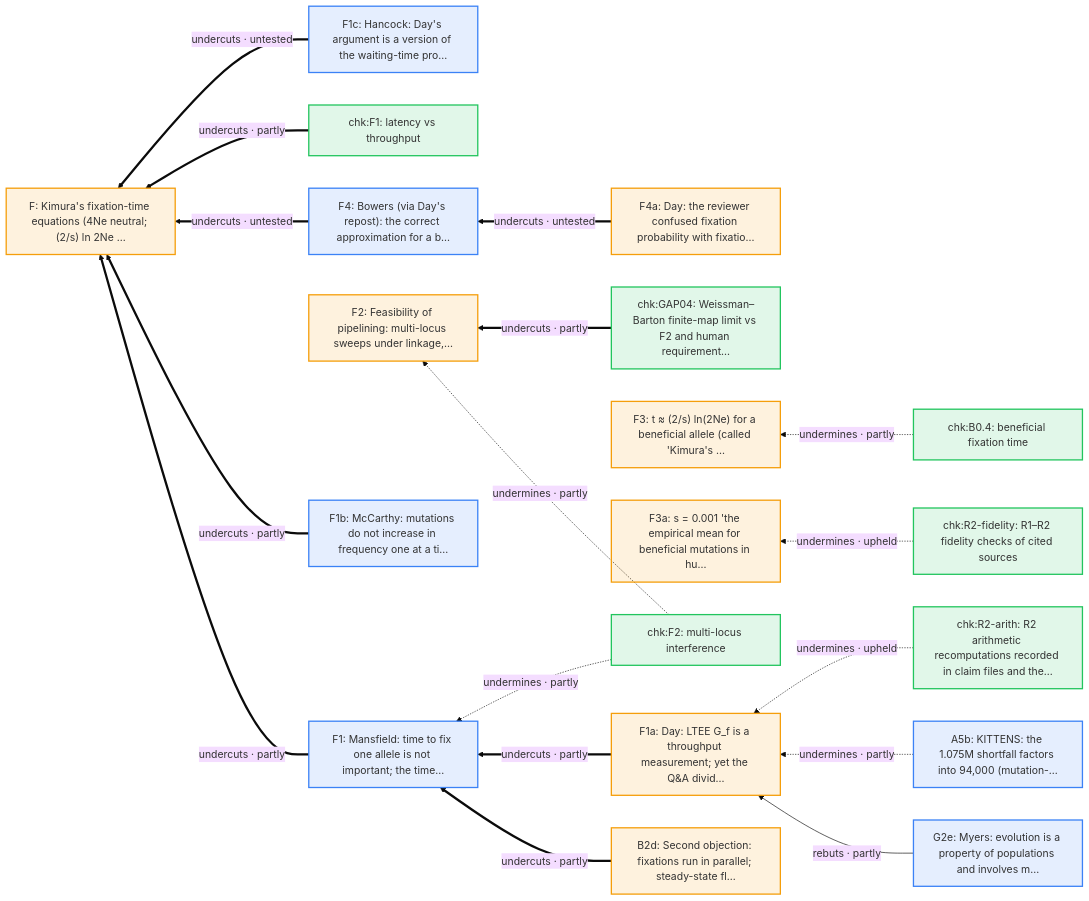
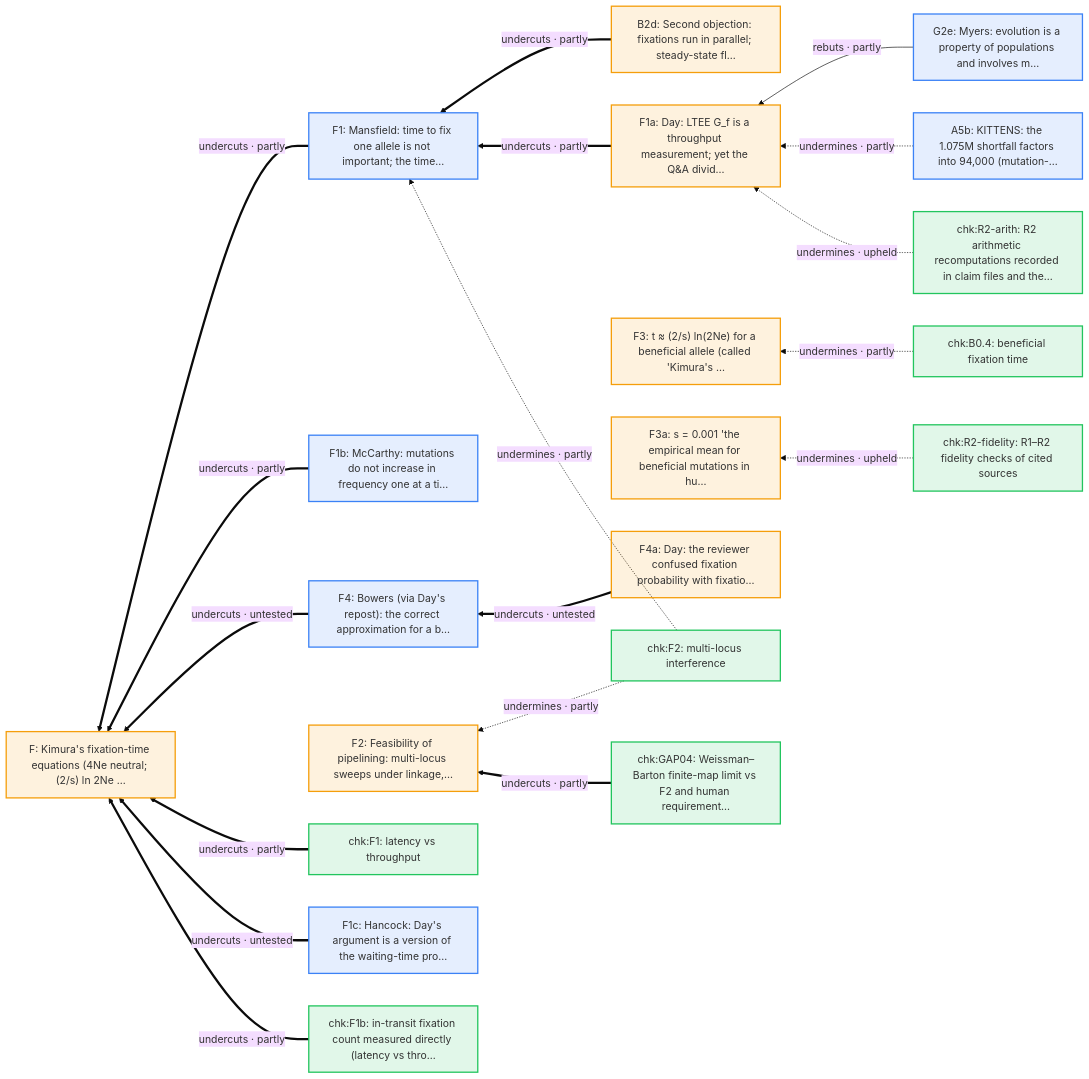
Diagram 12 of 19 in docs/arguments/defeaters.md (nickallevato/evo-sim), drawn with Mermaid (base theme) before and after one commit. The commit also changed other lines of this file and 18 other files, not shown here.

````diff
--- a/docs/arguments/defeaters.md
+++ b/docs/arguments/defeaters.md
@@ -593,43 +601,45 @@
 ```mermaid
 flowchart RL
   classDef day fill:#f59e0b22,stroke:#f59e0b,stroke-width:2px
   classDef ally fill:#d9770622,stroke:#d97706,stroke-width:2px
   classDef critic fill:#3b82f622,stroke:#3b82f6,stroke-width:2px
   classDef literature fill:#a3a3a322,stroke:#a3a3a3,stroke-width:2px
   classDef audit fill:#22c55e22,stroke:#22c55e,stroke-width:2px
   A5b["A5b: KITTENS: the 1.075M shortfall factors into 94,000 (mutation-…"]:::critic
   B2d["B2d: Second objection: fixations run in parallel; steady-state fl…"]:::day
   F["F: Kimura's fixation-time equations (4Ne neutral; (2/s) ln 2Ne …"]:::day
   F1["F1: Mansfield: time to fix one allele is not important; the time…"]:::critic
   F1a["F1a: Day: LTEE G_f is a throughput measurement; yet the Q&A divid…"]:::day
   F1b["F1b: McCarthy: mutations do not increase in frequency one at a ti…"]:::critic
   F1c["F1c: Hancock: Day's argument is a version of the waiting-time pro…"]:::critic
   F2["F2: Feasibility of pipelining: multi-locus sweeps under linkage,…"]:::day
   F3["F3: t ≈ (2/s) ln(2Ne) for a beneficial allele (called 'Kimura's …"]:::day
   F3a["F3a: s = 0.001 'the empirical mean for beneficial mutations in hu…"]:::day
   F4["F4: Bowers (via Day's repost): the correct approximation for a b…"]:::critic
   F4a["F4a: Day: the reviewer confused fixation probability with fixatio…"]:::day
   G2e["G2e: Myers: evolution is a property of populations and involves m…"]:::critic
   chk_B0_4["chk:B0.4: beneficial fixation time"]:::audit
   chk_F1["chk:F1: latency vs throughput"]:::audit
+  chk_F1b["chk:F1b: in-transit fixation count measured directly (latency vs thro…"]:::audit
   chk_F2["chk:F2: multi-locus interference"]:::audit
   chk_GAP04["chk:GAP04: Weissman–Barton finite-map limit vs F2 and human requirement…"]:::audit
   chk_R2_arith["chk:R2-arith: R2 arithmetic recomputations recorded in claim files and the…"]:::audit
   chk_R2_fidelity["chk:R2-fidelity: R1–R2 fidelity checks of cited sources"]:::audit
   F1 ==>|"undercuts · partly"| F
   F1b ==>|"undercuts · partly"| F
   F4 ==>|"undercuts · untested"| F
   chk_F1 ==>|"undercuts · partly"| F
   F1c ==>|"undercuts · untested"| F
+  chk_F1b ==>|"undercuts · partly"| F
   B2d ==>|"undercuts · partly"| F1
   F1a ==>|"undercuts · partly"| F1
   chk_F2 -.->|"undermines · partly"| F1
   chk_F2 -.->|"undermines · partly"| F2
   chk_GAP04 ==>|"undercuts · partly"| F2
   chk_B0_4 -.->|"undermines · partly"| F3
   F4a ==>|"undercuts · untested"| F4
   G2e -->|"rebuts · partly"| F1a
   A5b -.->|"undermines · partly"| F1a
   chk_R2_arith -.->|"undermines · upheld"| F1a
   chk_R2_fidelity -.->|"undermines · upheld"| F3a
 ```
````
